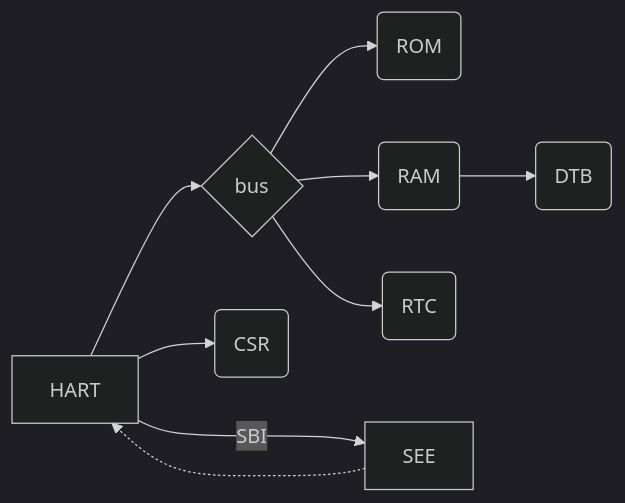
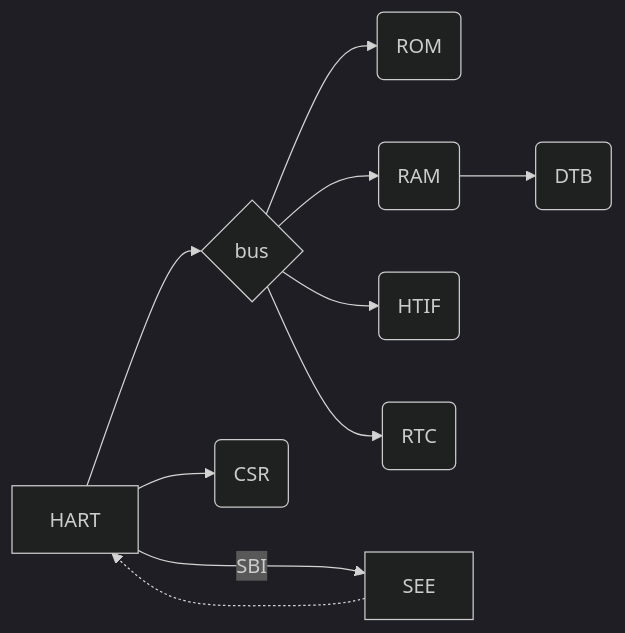
Before and after one commit to BuJo/rrustv: the diagram in README.md, drawn with Mermaid (dark theme). The commit also changed other lines of this file and 11 other files, not shown here.

````diff
--- a/README.md
+++ b/README.md
@@ -5,11 +5,12 @@
 ```mermaid
 flowchart LR
     hart[HART] --> bus{bus}
     bus --> rom(ROM)
     bus --> ram(RAM)
+    bus --> htif(HTIF)
     ram --> dt(DTB)
     bus --> rtc(RTC)
     hart --> csr(CSR)
     hart -->|SBI| see[SEE]
     see -..-> hart
 ```
````
